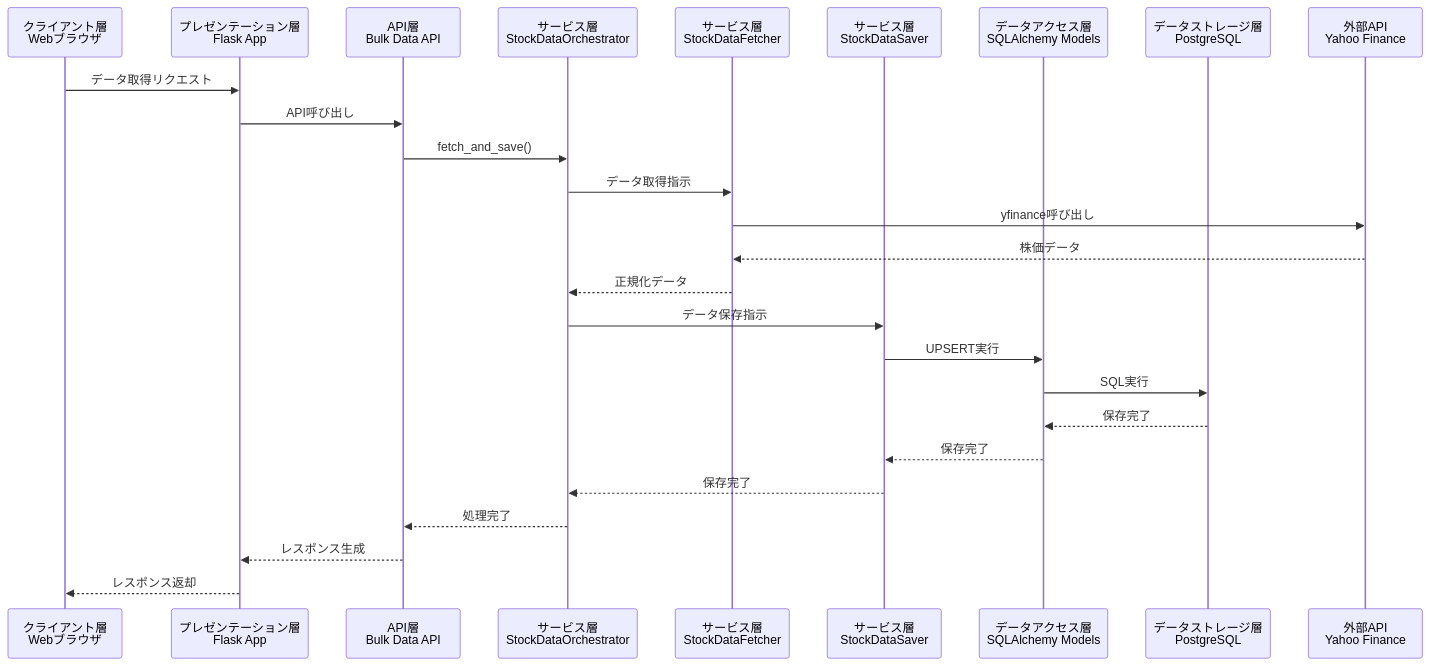
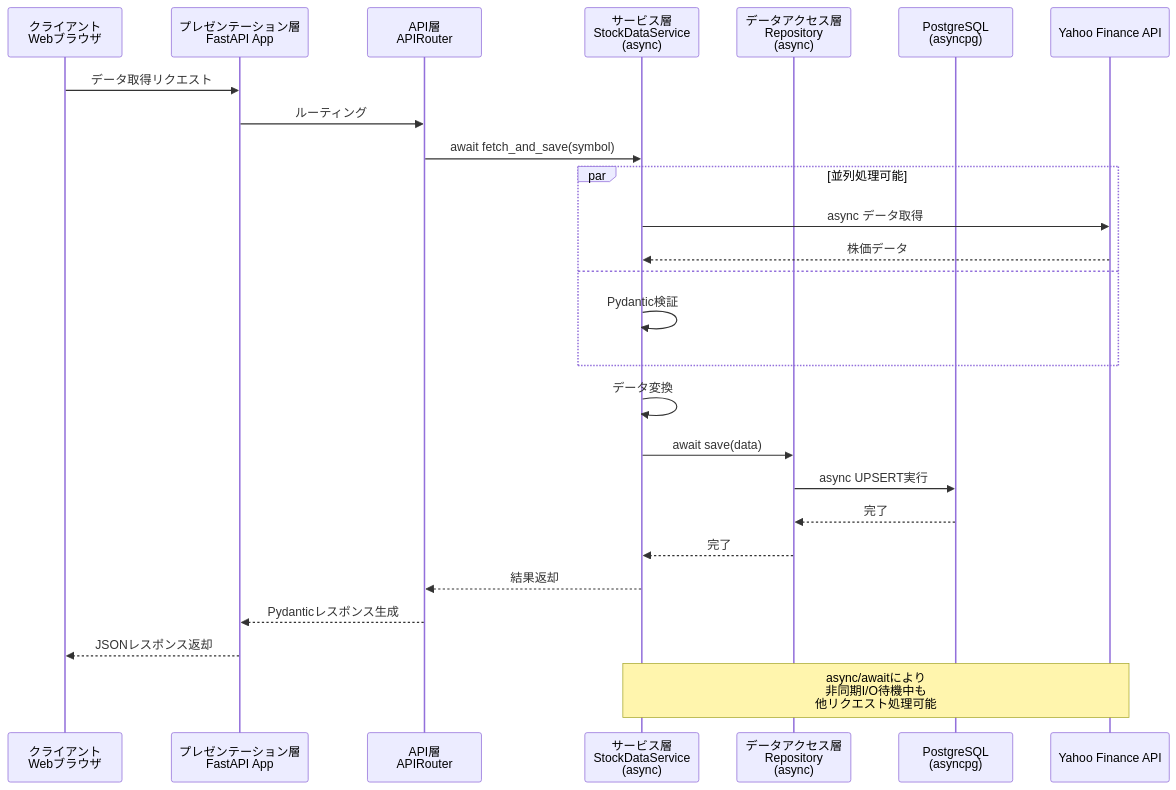
The second of 3 diagrams in docs/architecture/architecture_overview.md (TIMMY-WEST/STOCK-INVESTMENT-ANALYZER), drawn with Mermaid before and after one commit. The commit also changed other lines of this file and 1 other file, not shown here.

````diff
--- a/docs/architecture/architecture_overview.md
+++ b/docs/architecture/architecture_overview.md
@@ -202,29 +203,32 @@
 ```mermaid
 sequenceDiagram
-    participant Client as クライアント層<br/>Webブラウザ
-    participant Flask as プレゼンテーション層<br/>Flask App
-    participant API as API層<br/>Bulk Data API
-    participant Orchestrator as サービス層<br/>StockDataOrchestrator
-    participant Fetcher as サービス層<br/>StockDataFetcher
-    participant Saver as サービス層<br/>StockDataSaver
-    participant Models as データアクセス層<br/>SQLAlchemy Models
-    participant DB as データストレージ層<br/>PostgreSQL
-    participant YF as 外部API<br/>Yahoo Finance
+    participant Client as クライアント<br/>Webブラウザ
+    participant Presentation as プレゼンテーション層<br/>FastAPI App
+    participant API as API層<br/>APIRouter
+    participant Service as サービス層<br/>StockDataService<br/>(async)
+    participant Repository as データアクセス層<br/>Repository<br/>(async)
+    participant DB as PostgreSQL<br/>(asyncpg)
+    participant YFinance as Yahoo Finance API
 
-    Client->>Flask: データ取得リクエスト
-    Flask->>API: API呼び出し
-    API->>Orchestrator: fetch_and_save()
-    Orchestrator->>Fetcher: データ取得指示
-    Fetcher->>YF: yfinance呼び出し
-    YF-->>Fetcher: 株価データ
-    Fetcher-->>Orchestrator: 正規化データ
-    Orchestrator->>Saver: データ保存指示
-    Saver->>Models: UPSERT実行
-    Models->>DB: SQL実行
-    DB-->>Models: 保存完了
-    Models-->>Saver: 保存完了
-    Saver-->>Orchestrator: 保存完了
-    Orchestrator-->>API: 処理完了
-    API-->>Flask: レスポンス生成
-    Flask-->>Client: レスポンス返却
+    Client->>Presentation: データ取得リクエスト
+    Presentation->>API: ルーティング
+    API->>Service: await fetch_and_save(symbol)
+
+    par 並列処理可能
+        Service->>YFinance: async データ取得
+        YFinance-->>Service: 株価データ
+    and
+        Service->>Service: Pydantic検証
+    end
+
+    Service->>Service: データ変換
+    Service->>Repository: await save(data)
+    Repository->>DB: async UPSERT実行
+    DB-->>Repository: 完了
+    Repository-->>Service: 完了
+    Service-->>API: 結果返却
+    API-->>Presentation: Pydanticレスポンス生成
+    Presentation-->>Client: JSONレスポンス返却
+
+    Note over Service,YFinance: async/awaitにより<br/>非同期I/O待機中も<br/>他リクエスト処理可能
 ```
````
